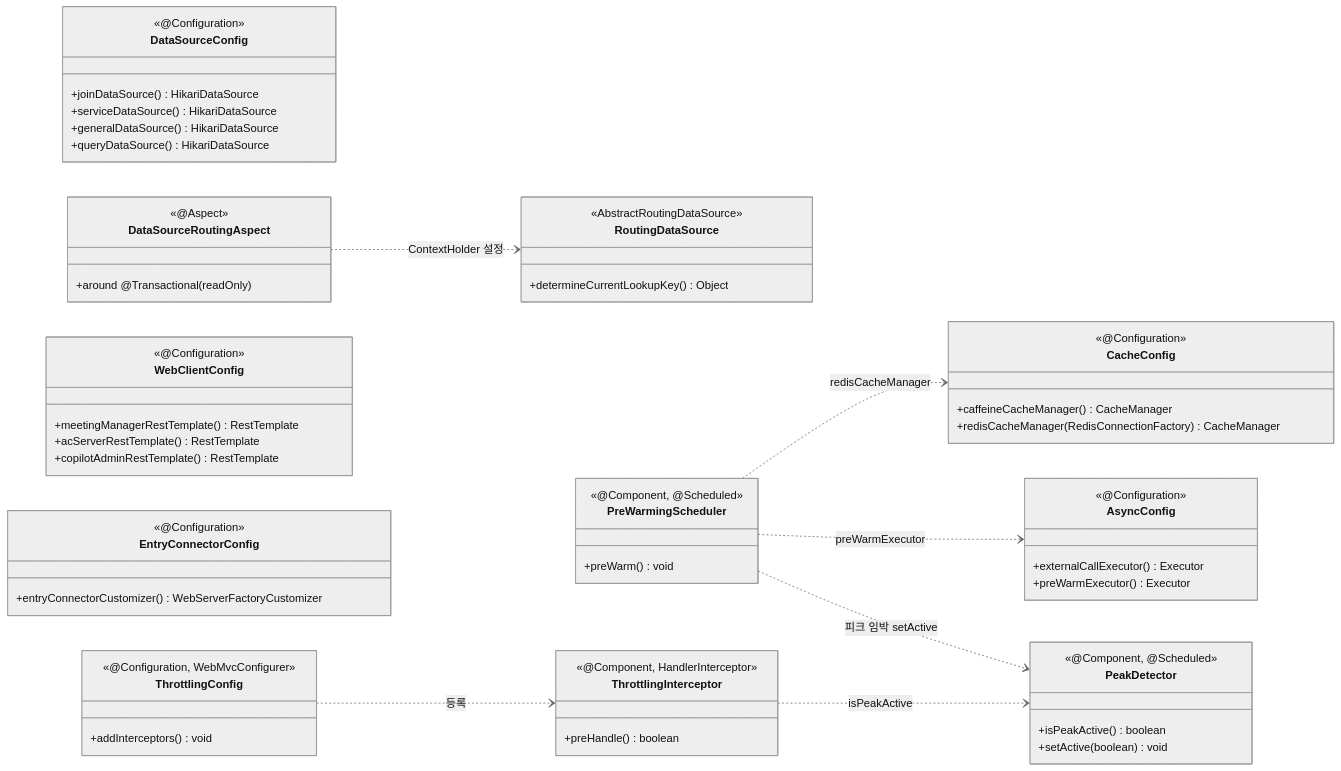
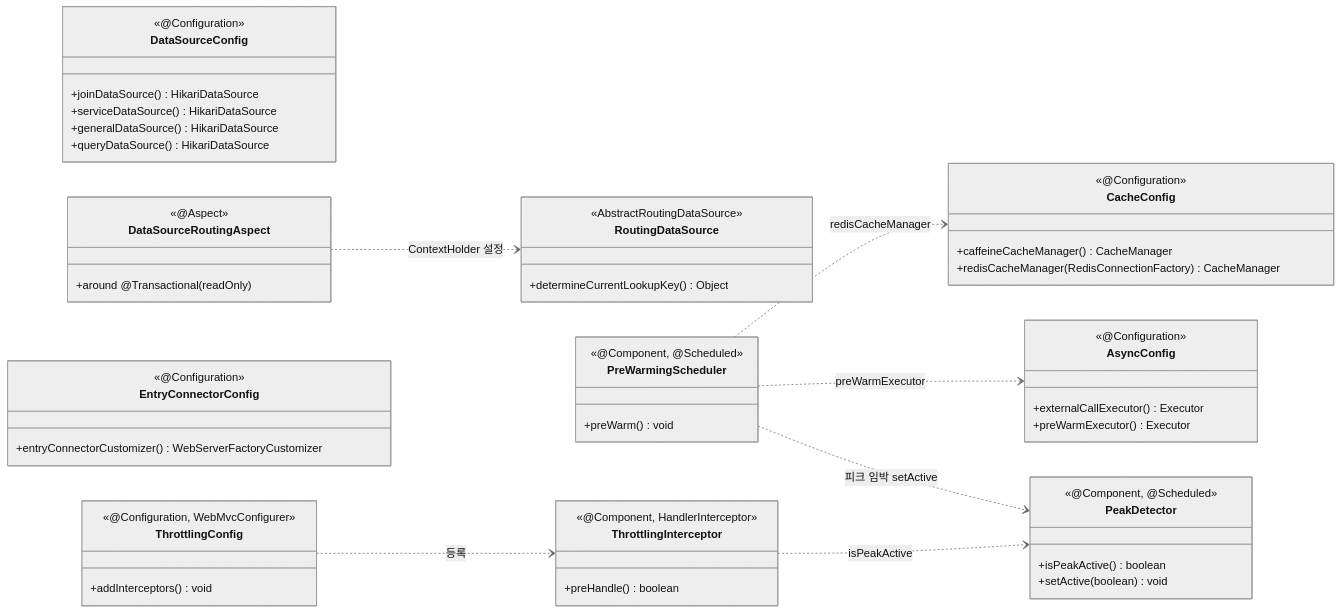
Before and after one commit to sujinnkim/A_Personal: the diagram in report/4/4.2.2-모듈뷰/4.2.2.5-config-scheduler.md, drawn with Mermaid (neutral theme). The commit also changed other lines of this file and 25 other files, not shown here.

First line of the commit message:
refactor: 외부 호출 RestTemplate → Feign 전면 정합 (A1, C-01 스택 유지)

````diff
--- a/report/4/4.2.2-모듈뷰/4.2.2.5-config-scheduler.md
+++ b/report/4/4.2.2-모듈뷰/4.2.2.5-config-scheduler.md
@@ -23,62 +23,56 @@
 ```mermaid
 classDiagram
     direction LR
     class AsyncConfig {
         <<@Configuration>>
         +externalCallExecutor() Executor
         +preWarmExecutor() Executor
     }
     class CacheConfig {
         <<@Configuration>>
         +caffeineCacheManager() CacheManager
         +redisCacheManager(RedisConnectionFactory) CacheManager
     }
     class DataSourceConfig {
         <<@Configuration>>
         +joinDataSource() HikariDataSource
         +serviceDataSource() HikariDataSource
         +generalDataSource() HikariDataSource
         +queryDataSource() HikariDataSource
     }
     class RoutingDataSource {
         <<AbstractRoutingDataSource>>
         +determineCurrentLookupKey() Object
     }
     class DataSourceRoutingAspect {
         <<@Aspect>>
         +around @Transactional(readOnly)
-    }
-    class WebClientConfig {
-        <<@Configuration>>
-        +meetingManagerRestTemplate() RestTemplate
-        +acServerRestTemplate() RestTemplate
-        +copilotAdminRestTemplate() RestTemplate
     }
     class EntryConnectorConfig {
         <<@Configuration>>
         +entryConnectorCustomizer() WebServerFactoryCustomizer
     }
     class PreWarmingScheduler {
         <<@Component, @Scheduled>>
         +preWarm() void
     }
     class PeakDetector {
         <<@Component, @Scheduled>>
         +isPeakActive() boolean
         +setActive(boolean) void
     }
     class ThrottlingInterceptor {
         <<@Component, HandlerInterceptor>>
         +preHandle() boolean
     }
     class ThrottlingConfig {
         <<@Configuration, WebMvcConfigurer>>
         +addInterceptors() void
     }
     DataSourceRoutingAspect ..> RoutingDataSource : ContextHolder 설정
     PreWarmingScheduler ..> CacheConfig : redisCacheManager
     PreWarmingScheduler ..> AsyncConfig : preWarmExecutor
     PreWarmingScheduler ..> PeakDetector : 피크 임박 setActive
     ThrottlingConfig ..> ThrottlingInterceptor : 등록
     ThrottlingInterceptor ..> PeakDetector : isPeakActive
 ```
````
